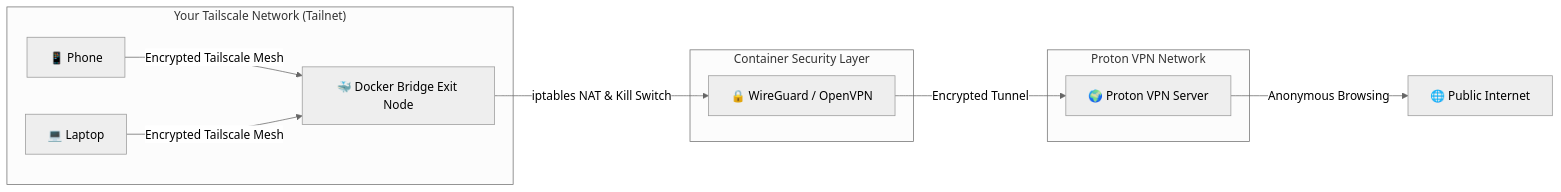
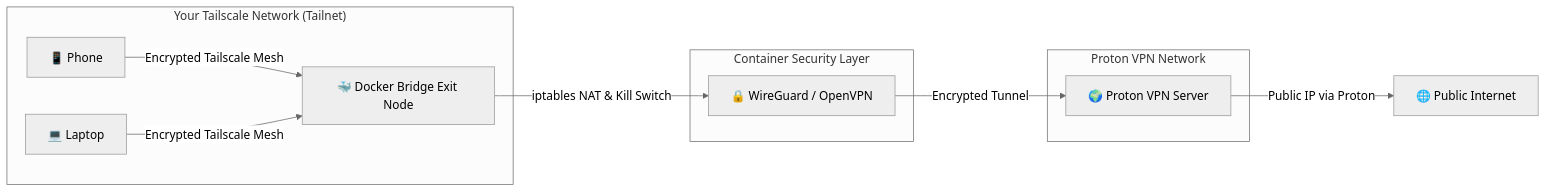
Before and after one commit to Alexandre1116/tailscale-proton-bridge: the diagram in README.md, drawn with Mermaid (neutral theme). The commit also changed other lines of this file and 23 other files, not shown here.

````diff
--- a/README.md
+++ b/README.md
@@ -15,17 +15,17 @@
 ```mermaid
 graph LR
     subgraph Tailnet ["Your Tailscale Network (Tailnet)"]
         A[📱 Phone] -->|Encrypted Tailscale Mesh| C[🐳 Docker Bridge Exit Node]
         B[💻 Laptop] -->|Encrypted Tailscale Mesh| C
     end
 
     subgraph DockerBridge ["Container Security Layer"]
         C -->|iptables NAT & Kill Switch| D[🔒 WireGuard / OpenVPN]
     end
 
     subgraph ProtonNetwork ["Proton VPN Network"]
         D -->|Encrypted Tunnel| E[🌍 Proton VPN Server]
     end
 
-    E -->|Anonymous Browsing| F[🌐 Public Internet]
+        E -->|Public IP via Proton| F[🌐 Public Internet]
 ```
````
